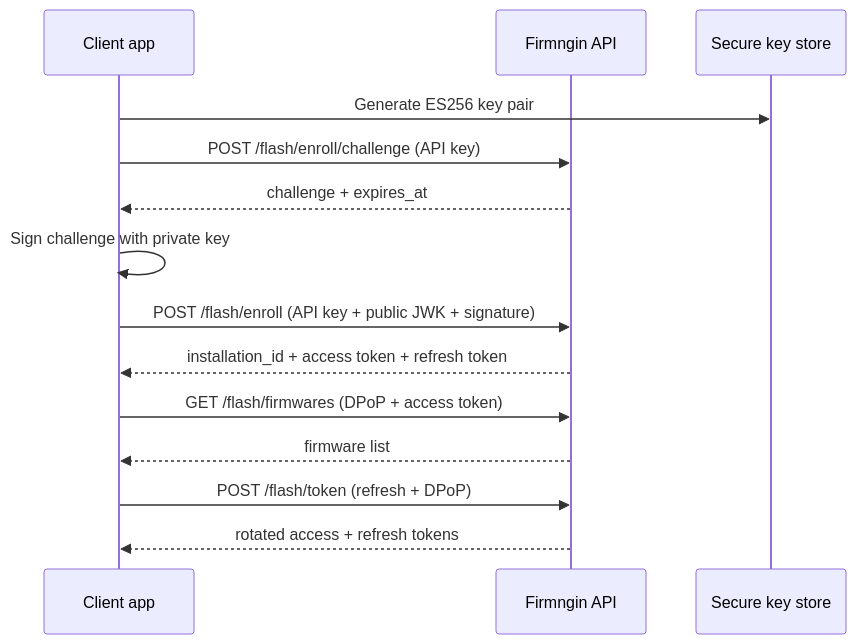
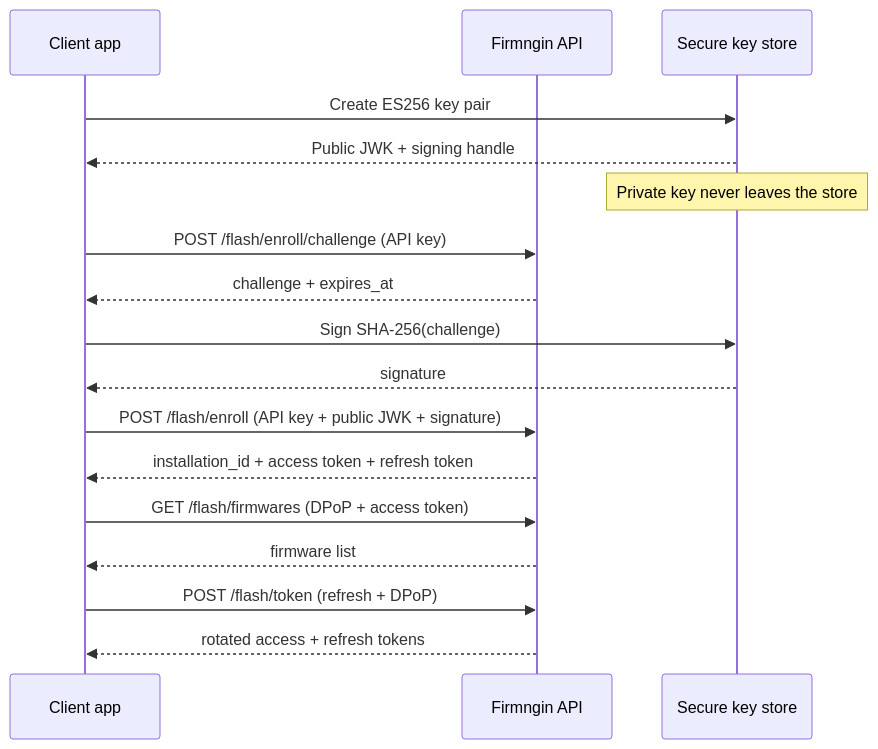
One commit to firmngin/docs changed the diagram in local-flash/enrollment.mdx. Above: the diagram before and after it, drawn with Mermaid. The commit also changed other lines of this file and 1 other file, not shown here.

Commit message:
docs(local-flash): clarify ES256 key pair creation in the flow

````diff
--- a/local-flash/enrollment.mdx
+++ b/local-flash/enrollment.mdx
@@ -23,17 +23,20 @@
 ```mermaid actions={false}
 sequenceDiagram
   participant App as Client app
   participant API as Firmngin API
   participant KS as Secure key store
 
-  App->>KS: Generate ES256 key pair
+  App->>KS: Create ES256 key pair
+  KS-->>App: Public JWK + signing handle
+  Note over KS: Private key never leaves the store
   App->>API: POST /flash/enroll/challenge (API key)
   API-->>App: challenge + expires_at
-  App->>App: Sign challenge with private key
+  App->>KS: Sign SHA-256(challenge)
+  KS-->>App: signature
   App->>API: POST /flash/enroll (API key + public JWK + signature)
   API-->>App: installation_id + access token + refresh token
   App->>API: GET /flash/firmwares (DPoP + access token)
   API-->>App: firmware list
   App->>API: POST /flash/token (refresh + DPoP)
   API-->>App: rotated access + refresh tokens
 ```
````
